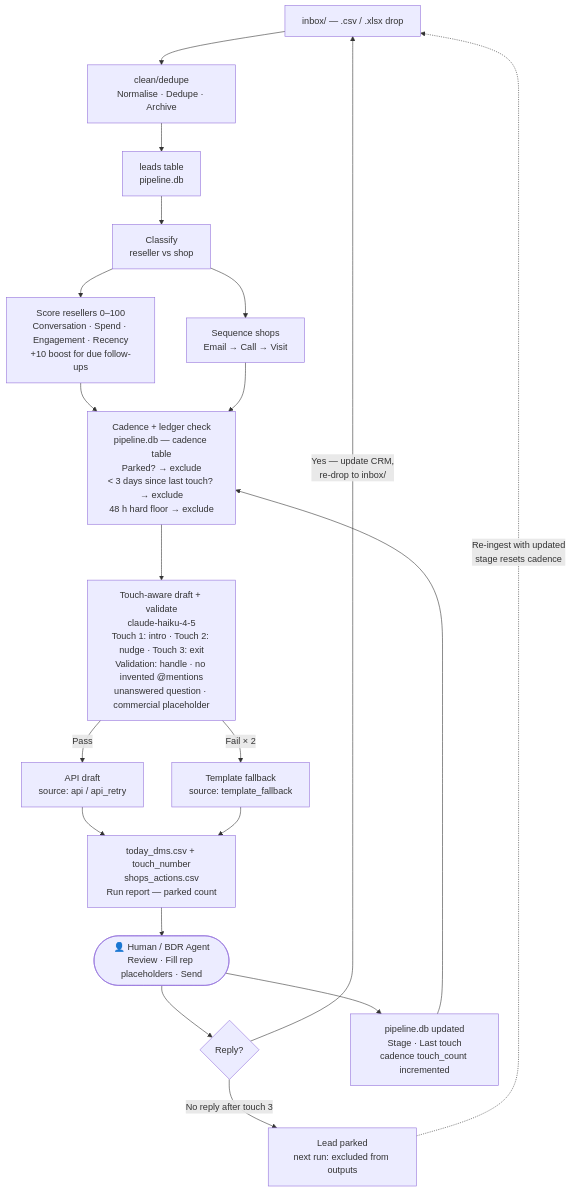
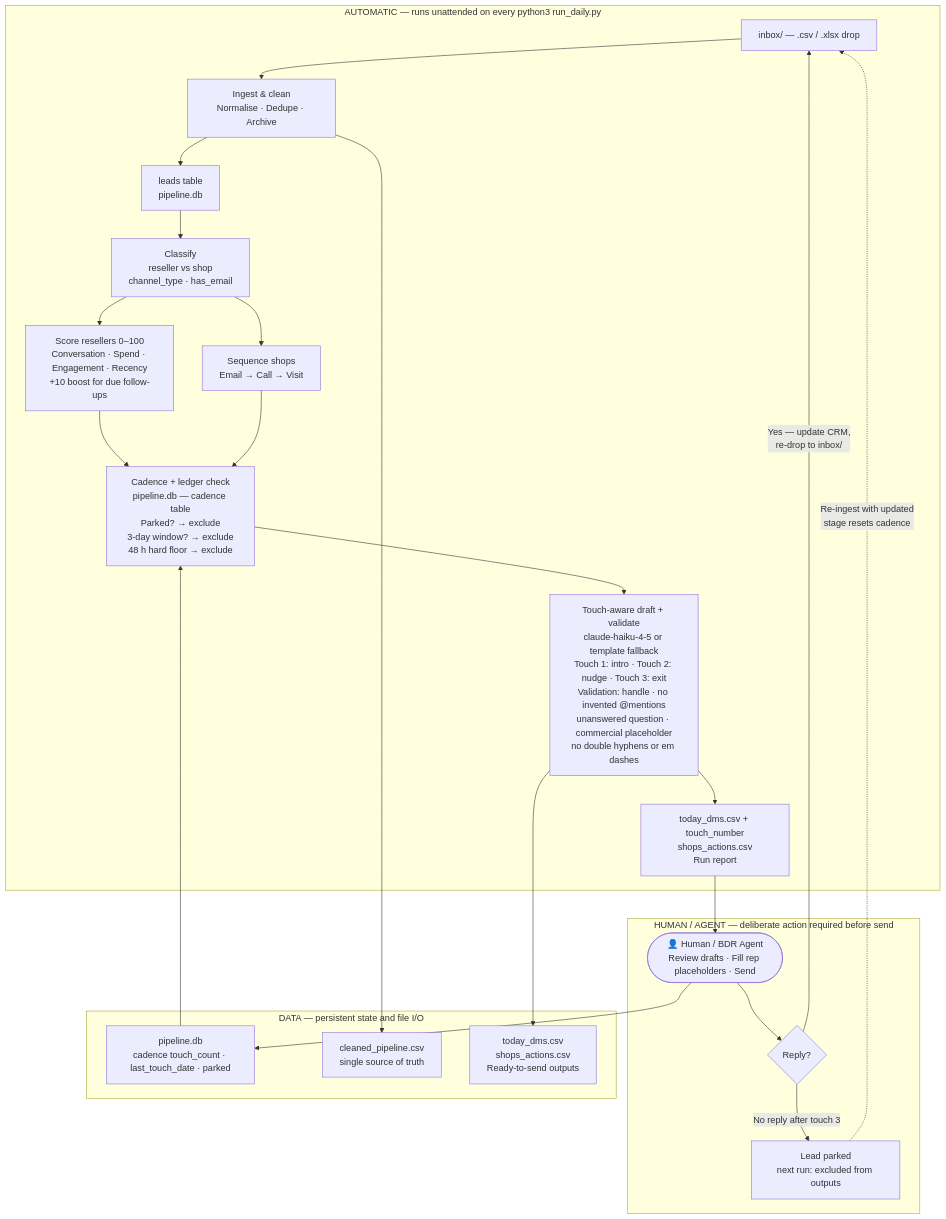
The diagram in ARCHITECTURE.md (chmcbain-design/CHM-Fleek-GTM), drawn with Mermaid before and after one commit. The commit also changed other lines of this file, not shown here.

Commit message:
Job 6: rewrite ARCHITECTURE.md with three explicit zones
Mermaid diagram now labels three zones:
- AUTOMATIC: ingest, clean, classify, score, cadence, draft, validate, output
- HUMAN/AGENT: review queue, fill [rep:] placeholders, send, mark replies
- DATA: pipeline.db, cleaned_pipeline.csv, today_dms.csv, shops_actions.csv

Added three sentences on where an agent could replace the human (send step
for placeholder-free drafts; CRM update on reply detection) and where it
deliberately shouldn't (placeholder-filling — the model lacks Fleek's live
pricing and brand data, which is exactly what the validation layer prevents
from being invented).

````diff
--- a/ARCHITECTURE.md
+++ b/ARCHITECTURE.md
@@ -5,22 +5,34 @@
 ```mermaid
 flowchart TD
-    A[inbox/ — .csv / .xlsx drop] --> B[clean/dedupe\nNormalise · Dedupe · Archive]
-    B --> C[leads table\npipeline.db]
-    C --> D[Classify\nreseller vs shop]
-    D --> E1[Score resellers 0–100\nConversation · Spend · Engagement · Recency\n+10 boost for due follow-ups]
-    D --> E2[Sequence shops\nEmail → Call → Visit]
-    E1 --> F[Cadence + ledger check\npipeline.db — cadence table\nParked? → exclude\n< 3 days since last touch? → exclude\n48 h hard floor → exclude]
-    E2 --> F
-    F --> G[Touch-aware draft + validate\nclaude-haiku-4-5\nTouch 1: intro · Touch 2: nudge · Touch 3: exit\nValidation: handle · no invented @mentions\nunanswered question · commercial placeholder]
-    G -->|Pass| H[API draft\nsource: api / api_retry]
-    G -->|Fail × 2| I[Template fallback\nsource: template_fallback]
-    H --> J[today_dms.csv + touch_number\nshops_actions.csv\nRun report — parked count]
-    I --> J
-    J --> K([👤 Human / BDR Agent\nReview · Fill rep placeholders · Send])
-    K --> L{Reply?}
-    L -->|Yes — update CRM,\nre-drop to inbox/| A
-    L -->|No reply after touch 3| M[Lead parked\nnext run: excluded from outputs]
-    M -.->|Re-ingest with updated\nstage resets cadence| A
-    K --> N[pipeline.db updated\nStage · Last touch\ncadence touch_count incremented]
+    subgraph AUTOMATIC["AUTOMATIC — runs unattended on every python3 run_daily.py"]
+        A[inbox/ — .csv / .xlsx drop] --> B[Ingest & clean\nNormalise · Dedupe · Archive]
+        B --> C[leads table\npipeline.db]
+        C --> D[Classify\nreseller vs shop\nchannel_type · has_email]
+        D --> E1[Score resellers 0–100\nConversation · Spend · Engagement · Recency\n+10 boost for due follow-ups]
+        D --> E2[Sequence shops\nEmail → Call → Visit]
+        E1 --> F[Cadence + ledger check\npipeline.db — cadence table\nParked? → exclude\n3-day window? → exclude\n48 h hard floor → exclude]
+        E2 --> F
+        F --> G[Touch-aware draft + validate\nclaude-haiku-4-5 or template fallback\nTouch 1: intro · Touch 2: nudge · Touch 3: exit\nValidation: handle · no invented @mentions\nunanswered question · commercial placeholder\nno double hyphens or em dashes]
+        G --> J[today_dms.csv + touch_number\nshops_actions.csv\nRun report]
+    end
+
+    subgraph HUMAN["HUMAN / AGENT — deliberate action required before send"]
+        J --> K([👤 Human / BDR Agent\nReview drafts · Fill rep placeholders · Send])
+        K --> L{Reply?}
+        L -->|Yes — update CRM,\nre-drop to inbox/| A
+        L -->|No reply after touch 3| M[Lead parked\nnext run: excluded from outputs]
+        M -.->|Re-ingest with updated\nstage resets cadence| A
+    end
+
+    subgraph DATA["DATA — persistent state and file I/O"]
+        C
+        N[pipeline.db\ncadence touch_count · last_touch_date · parked]
+        O[cleaned_pipeline.csv\nsingle source of truth]
+        P[today_dms.csv\nshops_actions.csv\nReady-to-send outputs]
+    end
+
+    K --> N
     N --> F
+    B --> O
+    G --> P
 ```
````
